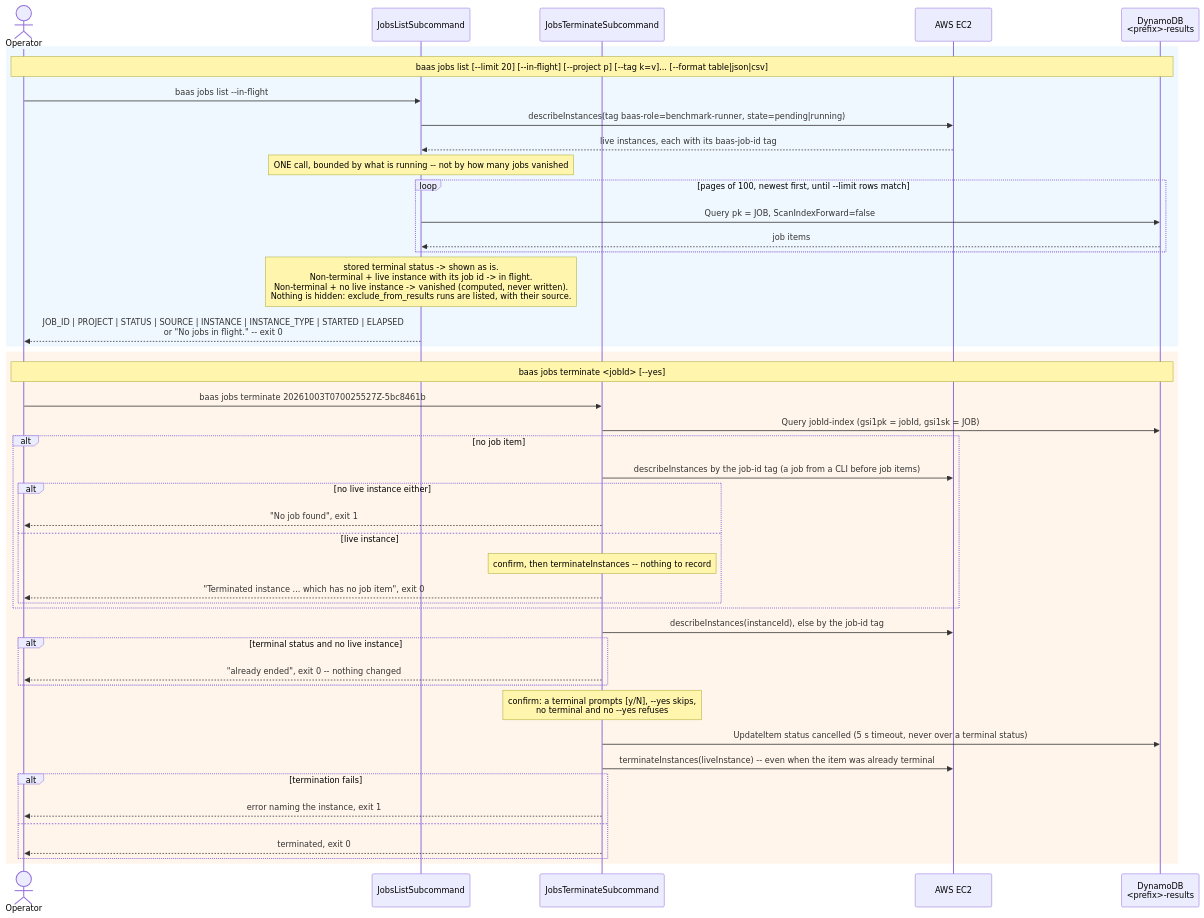
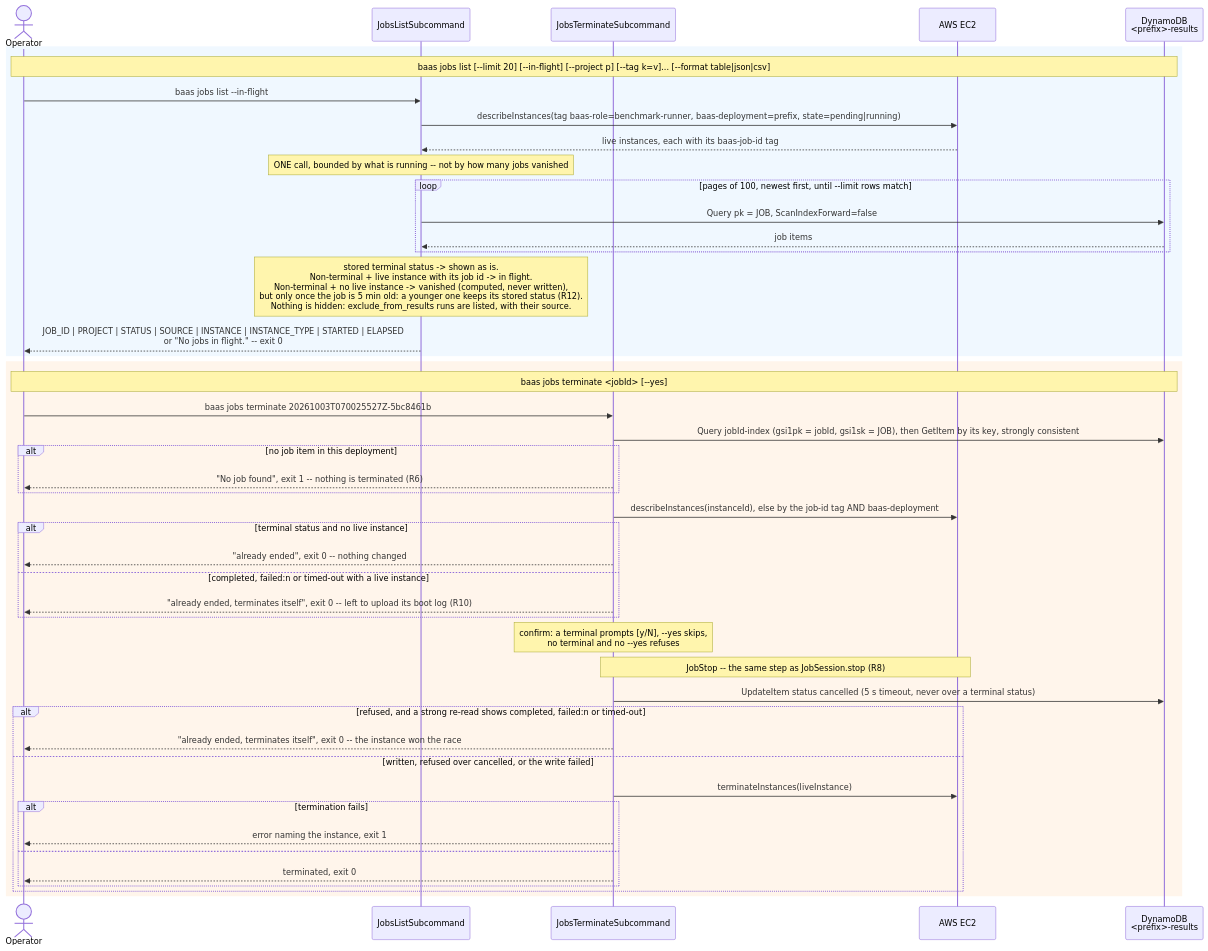
Before and after one commit to wsztajerowski/benchmark-as-a-service: the diagram in docs/diagrams/baas-jobs.mmd, drawn with Mermaid. The commit also changed 10 other files, not shown here.

First line of the commit message:
docs: record the PR #83 review fixes in CLAUDE.md, ADR 0003 and the diagrams

```diff
--- a/docs/diagrams/baas-jobs.mmd
+++ b/docs/diagrams/baas-jobs.mmd
@@ -1,47 +1,48 @@
 sequenceDiagram
     actor User as Operator
     participant RL as JobsListSubcommand
     participant RT as JobsTerminateSubcommand
     participant EC2 as AWS EC2
     participant DDB as DynamoDB<br/><prefix>-results
 
     rect rgb(240, 248, 255)
         Note over User,DDB: baas jobs list [--limit 20] [--in-flight] [--project p] [--tag k=v]... [--format table|json|csv]
         User->>RL: baas jobs list --in-flight
-        RL->>EC2: describeInstances(tag baas-role=benchmark-runner, state=pending|running)
+        RL->>EC2: describeInstances(tag baas-role=benchmark-runner, baas-deployment=prefix, state=pending|running)
         EC2-->>RL: live instances, each with its baas-job-id tag
         Note over RL: ONE call, bounded by what is running -- not by how many jobs vanished
         loop pages of 100, newest first, until --limit rows match
             RL->>DDB: Query pk = JOB, ScanIndexForward=false
             DDB-->>RL: job items
         end
-        Note over RL: stored terminal status -> shown as is.<br/>Non-terminal + live instance with its job id -> in flight.<br/>Non-terminal + no live instance -> vanished (computed, never written).<br/>Nothing is hidden: exclude_from_results runs are listed, with their source.
+        Note over RL: stored terminal status -> shown as is.<br/>Non-terminal + live instance with its job id -> in flight.<br/>Non-terminal + no live instance -> vanished (computed, never written),<br/>but only once the job is 5 min old: a younger one keeps its stored status (R12).<br/>Nothing is hidden: exclude_from_results runs are listed, with their source.
         RL-->>User: JOB_ID | PROJECT | STATUS | SOURCE | INSTANCE | INSTANCE_TYPE | STARTED | ELAPSED<br/>or "No jobs in flight." -- exit 0
     end
 
     rect rgb(255, 245, 235)
         Note over User,DDB: baas jobs terminate <jobId> [--yes]
         User->>RT: baas jobs terminate 20261003T070025527Z-5bc8461b
-        RT->>DDB: Query jobId-index (gsi1pk = jobId, gsi1sk = JOB)
-        alt no job item
-            RT->>EC2: describeInstances by the job-id tag (a job from a CLI before job items)
-            alt no live instance either
-                RT-->>User: "No job found", exit 1
-            else live instance
-                Note over RT: confirm, then terminateInstances -- nothing to record
-                RT-->>User: "Terminated instance ... which has no job item", exit 0
+        RT->>DDB: Query jobId-index (gsi1pk = jobId, gsi1sk = JOB), then GetItem by its key, strongly consistent
+        alt no job item in this deployment
+            RT-->>User: "No job found", exit 1 -- nothing is terminated (R6)
+        end
+        RT->>EC2: describeInstances(instanceId), else by the job-id tag AND baas-deployment
+        alt terminal status and no live instance
+            RT-->>User: "already ended", exit 0 -- nothing changed
+        else completed, failed:n or timed-out with a live instance
+            RT-->>User: "already ended, terminates itself", exit 0 -- left to upload its boot log (R10)
+        end
+        Note over RT: confirm: a terminal prompts [y/N], --yes skips,<br/>no terminal and no --yes refuses
+        Note over RT,EC2: JobStop -- the same step as JobSession.stop (R8)
+        RT->>DDB: UpdateItem status cancelled (5 s timeout, never over a terminal status)
+        alt refused, and a strong re-read shows completed, failed:n or timed-out
+            RT-->>User: "already ended, terminates itself", exit 0 -- the instance won the race
+        else written, refused over cancelled, or the write failed
+            RT->>EC2: terminateInstances(liveInstance)
+            alt termination fails
+                RT-->>User: error naming the instance, exit 1
+            else
+                RT-->>User: terminated, exit 0
             end
         end
-        RT->>EC2: describeInstances(instanceId), else by the job-id tag
-        alt terminal status and no live instance
-            RT-->>User: "already ended", exit 0 -- nothing changed
-        end
-        Note over RT: confirm: a terminal prompts [y/N], --yes skips,<br/>no terminal and no --yes refuses
-        RT->>DDB: UpdateItem status cancelled (5 s timeout, never over a terminal status)
-        RT->>EC2: terminateInstances(liveInstance) -- even when the item was already terminal
-        alt termination fails
-            RT-->>User: error naming the instance, exit 1
-        else
-            RT-->>User: terminated, exit 0
-        end
     end
```
